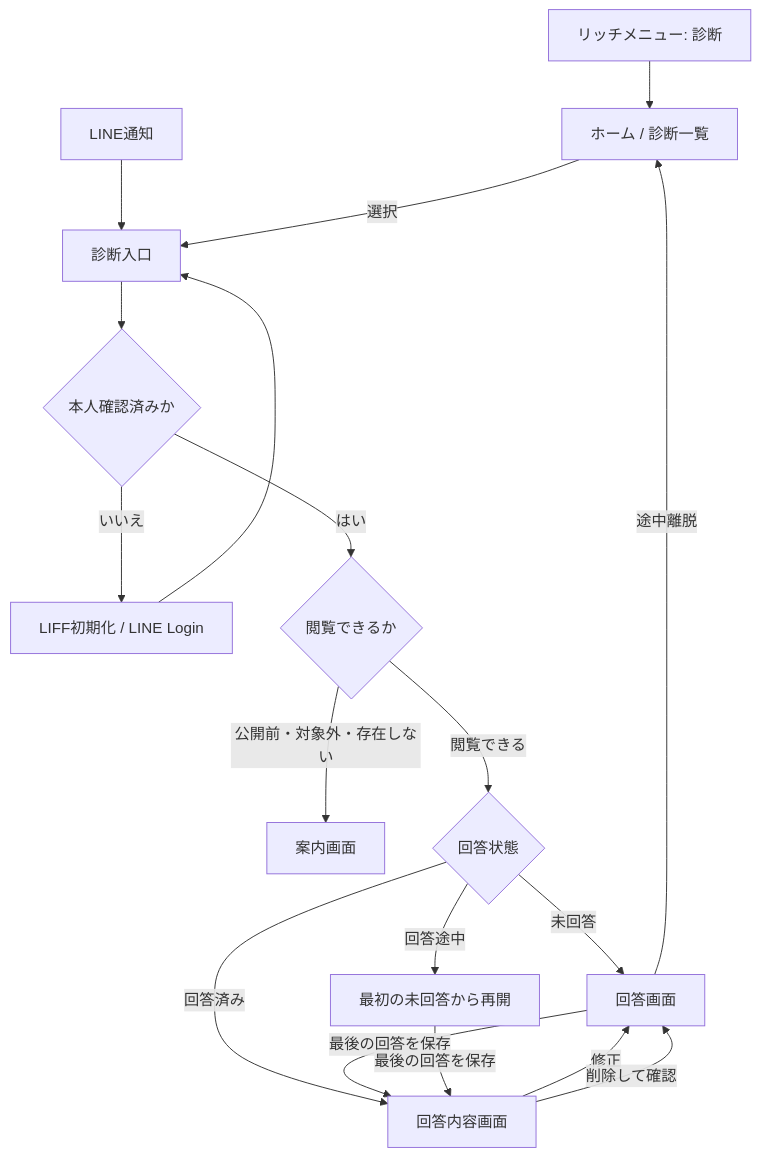
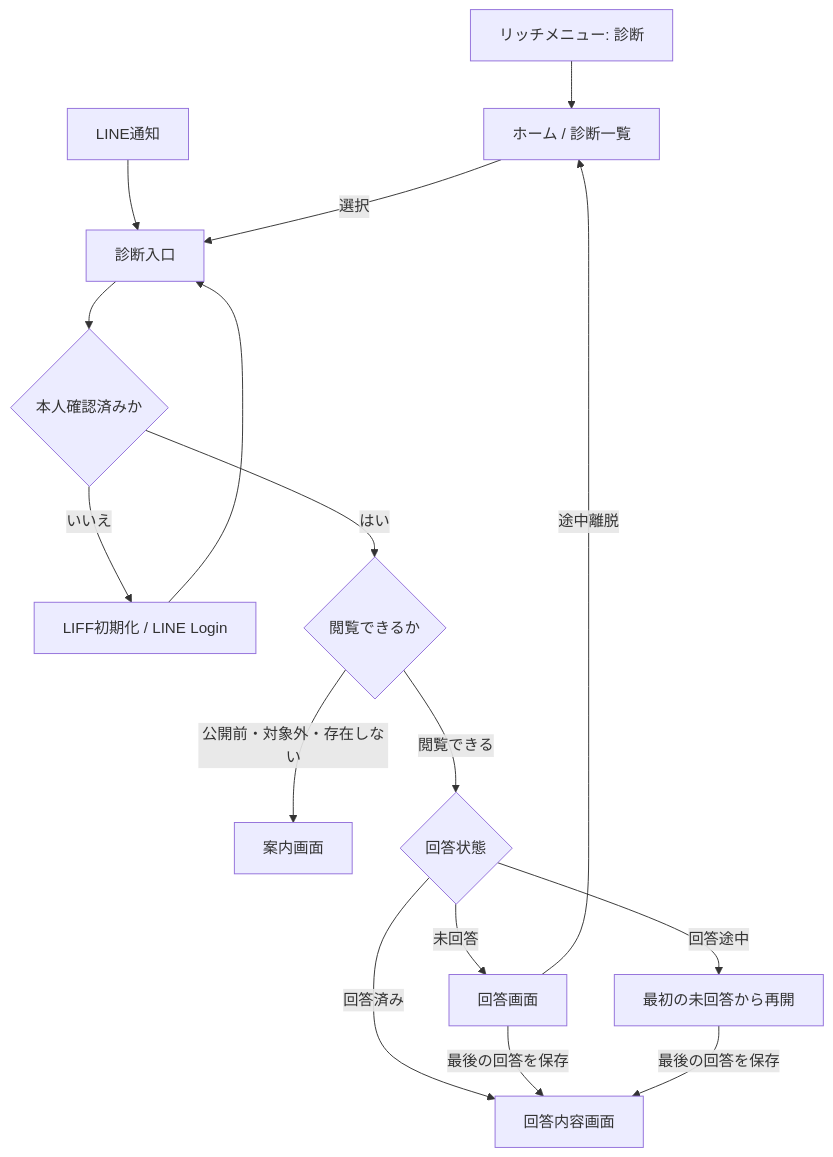
One commit to kkyosuke/me-builder changed the diagram in docs/diagnosis/diagnosis-experience.md. Above: the diagram before and after it, drawn with Mermaid. The commit also changed other lines of this file and 57 other files, not shown here.

````diff
--- a/docs/diagnosis/diagnosis-experience.md
+++ b/docs/diagnosis/diagnosis-experience.md
@@ -65,20 +64,18 @@
 ```mermaid
 flowchart TD
     R[リッチメニュー: 診断] --> H[ホーム / 診断一覧]
     N[LINE通知] --> G[診断入口]
     H -->|選択| G
     G --> A{本人確認済みか}
     A -->|いいえ| L[LIFF初期化 / LINE Login]
     L --> G
     A -->|はい| V{閲覧できるか}
     V -->|公開前・対象外・存在しない| U[案内画面]
     V -->|閲覧できる| S{回答状態}
     S -->|未回答| Q[回答画面]
     S -->|回答途中| Q2[最初の未回答から再開]
     S -->|回答済み| D[回答内容画面]
     Q -->|途中離脱| H
     Q -->|最後の回答を保存| D
     Q2 -->|最後の回答を保存| D
-    D -->|修正| Q
-    D -->|削除して確認| Q
 ```
````
